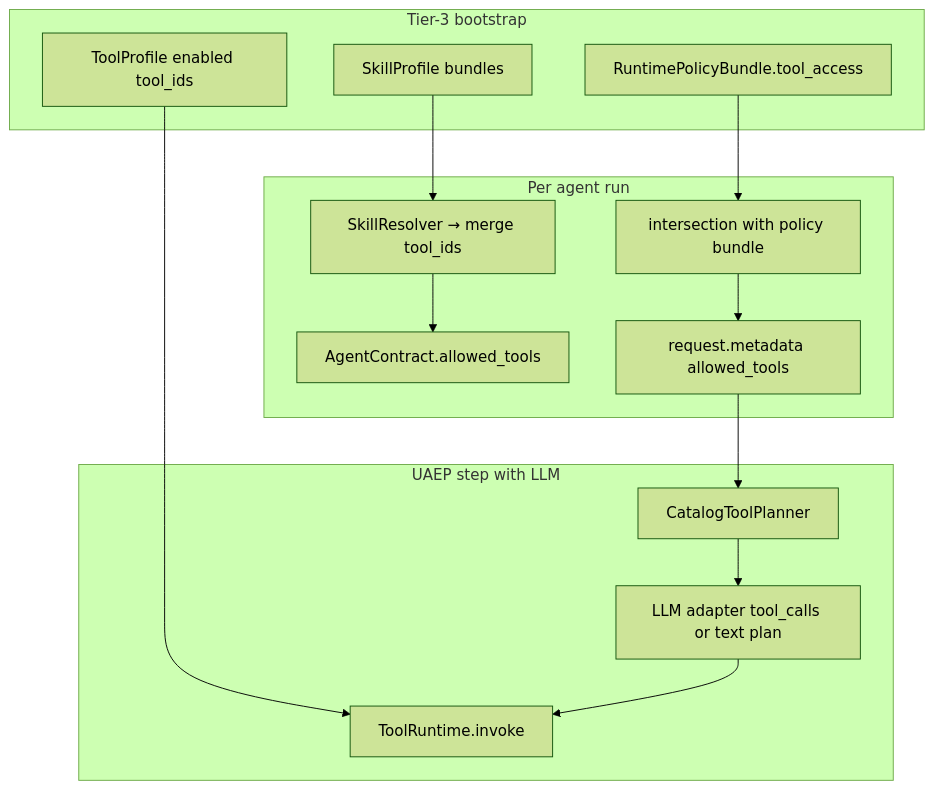
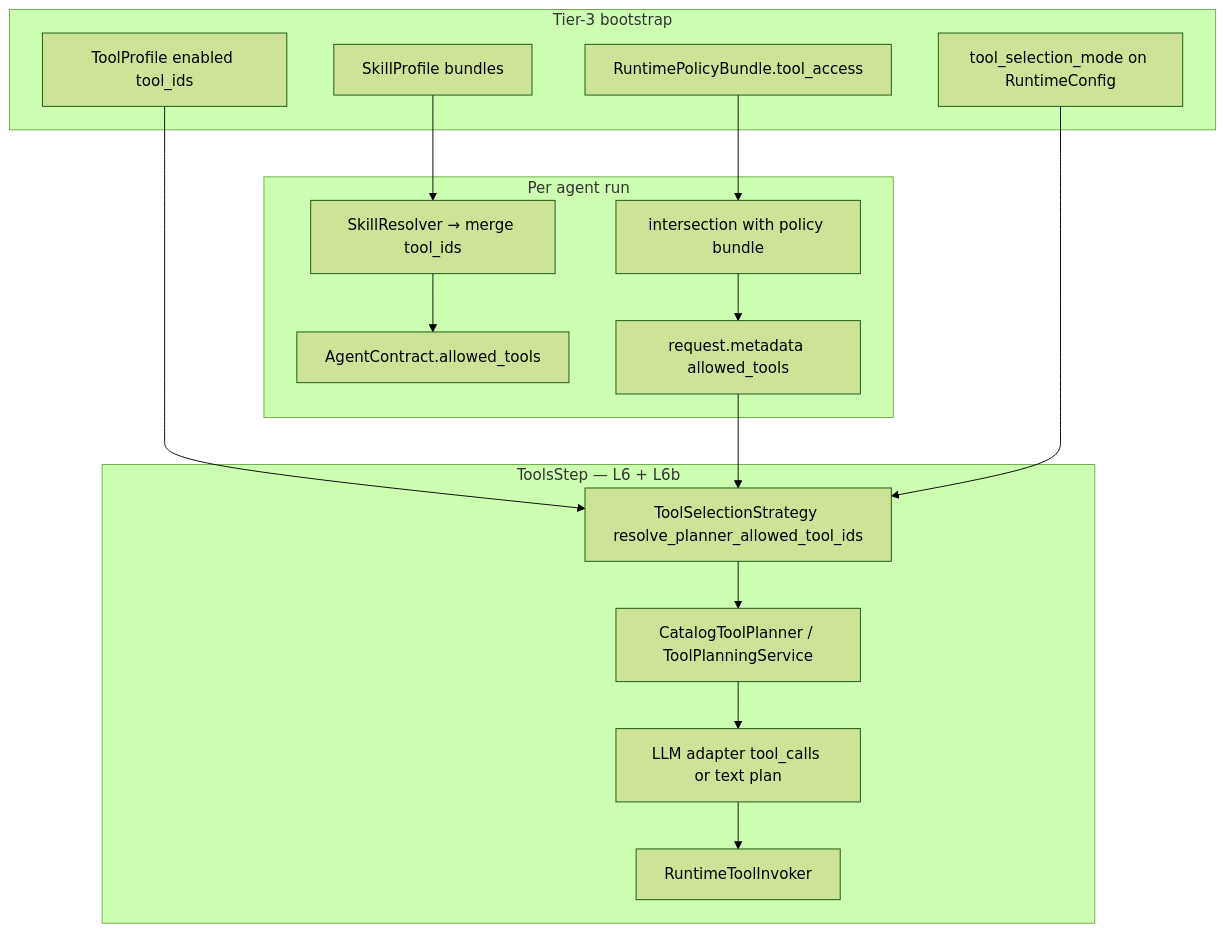
Diagram 11 of 14 in docs/architecture/NEXUS_EXECUTION_FLOW.md (jakbuczarnecki/intergrax), drawn with Mermaid (forest theme) before and after one commit. The commit also changed other lines of this file and 7 other files, not shown here.

First line of the commit message:
Document standard, semantic, and hierarchical tool selection modes (TOOL-ENG-DOC.4).

````diff
--- a/docs/architecture/NEXUS_EXECUTION_FLOW.md
+++ b/docs/architecture/NEXUS_EXECUTION_FLOW.md
@@ -792,28 +793,32 @@
 ```mermaid
 flowchart TD
     subgraph Config["Tier-3 bootstrap"]
         TP[ToolProfile enabled tool_ids]
         SP[SkillProfile bundles]
         PB[RuntimePolicyBundle.tool_access]
+        TSM[tool_selection_mode on RuntimeConfig]
     end
 
     subgraph AgentRun["Per agent run"]
         AC[AgentContract.allowed_tools]
         SK[SkillResolver → merge tool_ids]
         INT[intersection with policy bundle]
         AT[request.metadata allowed_tools]
     end
 
-    subgraph StepLoop["UAEP step with LLM"]
-        CTP[CatalogToolPlanner]
+    subgraph StepLoop["ToolsStep — L6 + L6b"]
+        TSS[ToolSelectionStrategy resolve_planner_allowed_tool_ids]
+        CTP[CatalogToolPlanner / ToolPlanningService]
         LLM[LLM adapter tool_calls or text plan]
-        TR[ToolRuntime.invoke]
+        RTI[RuntimeToolInvoker]
     end
 
-    TP --> TR
+    TP --> TSS
     SP --> SK --> AC
     PB --> INT --> AT
-    AT --> CTP
+    AT --> TSS
+    TSM --> TSS
+    TSS --> CTP
     CTP --> LLM
-    LLM --> TR
+    LLM --> RTI
 ```
````
